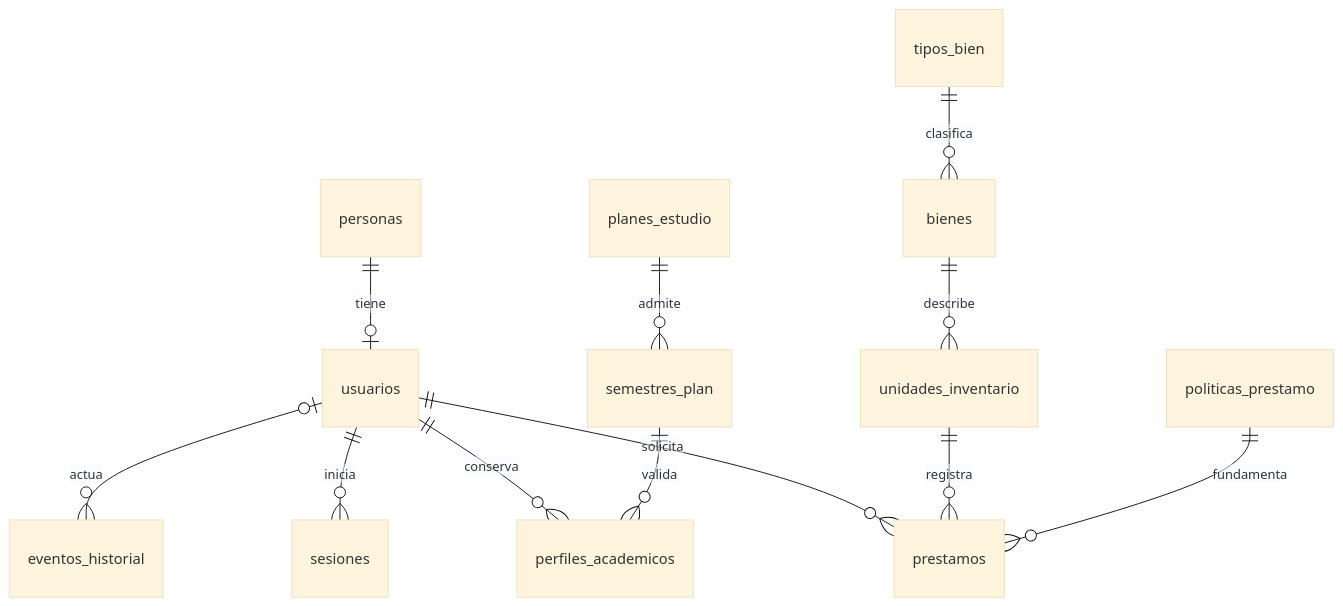
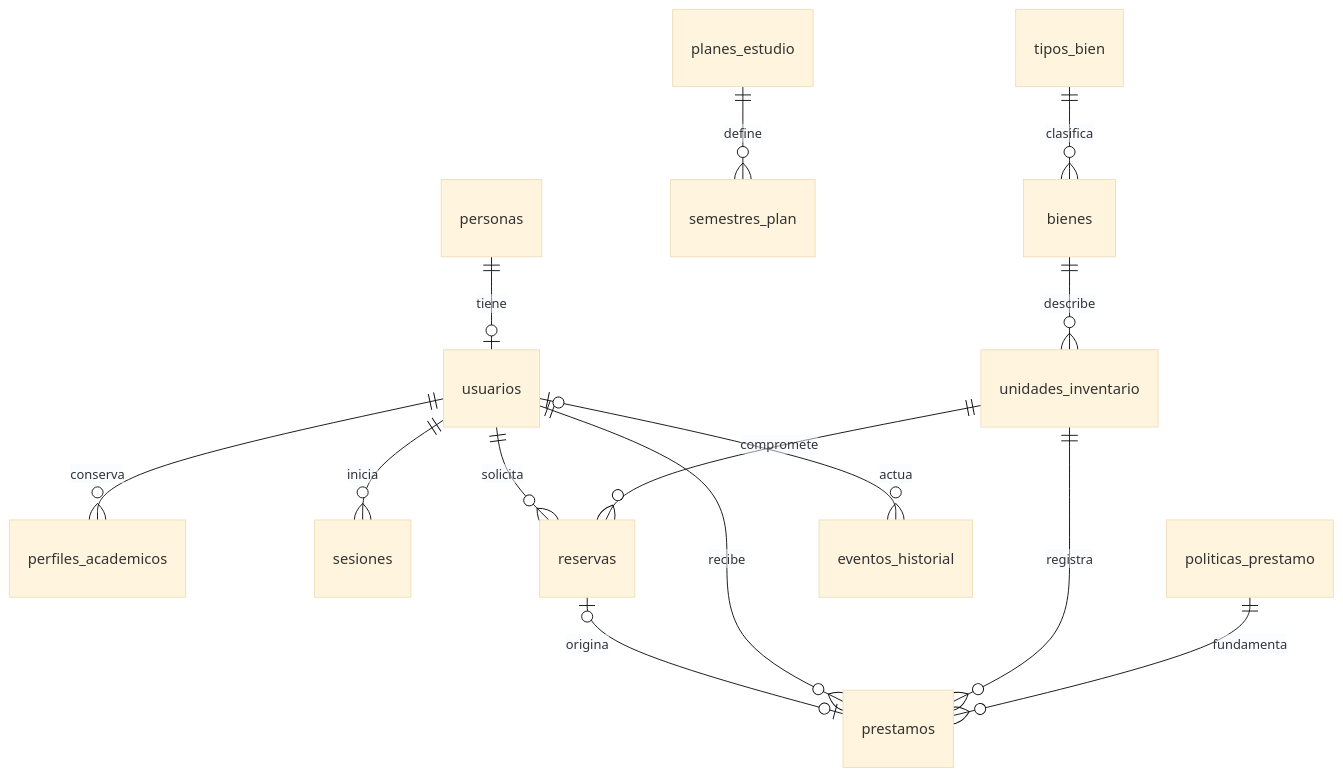
One commit to javierRock/TI_II changed the diagram in docs/modelo-datos.md. Above: the diagram before and after it, drawn with Mermaid (base theme). The commit also changed other lines of this file and 131 other files, not shown here.

````diff
--- a/docs/modelo-datos.md
+++ b/docs/modelo-datos.md
@@ -23,14 +23,16 @@
 ```mermaid
 erDiagram
-    personas ||--o| usuarios : tiene
-    usuarios ||--o{ perfiles_academicos : conserva
-    planes_estudio ||--o{ semestres_plan : admite
-    semestres_plan ||--o{ perfiles_academicos : valida
-    usuarios ||--o{ sesiones : inicia
-    tipos_bien ||--o{ bienes : clasifica
-    bienes ||--o{ unidades_inventario : describe
-    usuarios ||--o{ prestamos : solicita
-    unidades_inventario ||--o{ prestamos : registra
-    politicas_prestamo ||--o{ prestamos : fundamenta
-    usuarios |o--o{ eventos_historial : actua
+ personas ||--o| usuarios : tiene
+ usuarios ||--o{ perfiles_academicos : conserva
+ planes_estudio ||--o{ semestres_plan : define
+ usuarios ||--o{ sesiones : inicia
+ tipos_bien ||--o{ bienes : clasifica
+ bienes ||--o{ unidades_inventario : describe
+ usuarios ||--o{ reservas : solicita
+ unidades_inventario ||--o{ reservas : compromete
+ reservas |o--o| prestamos : origina
+ usuarios ||--o{ prestamos : recibe
+ unidades_inventario ||--o{ prestamos : registra
+ politicas_prestamo ||--o{ prestamos : fundamenta
+ usuarios |o--o{ eventos_historial : actua
 ```
````
